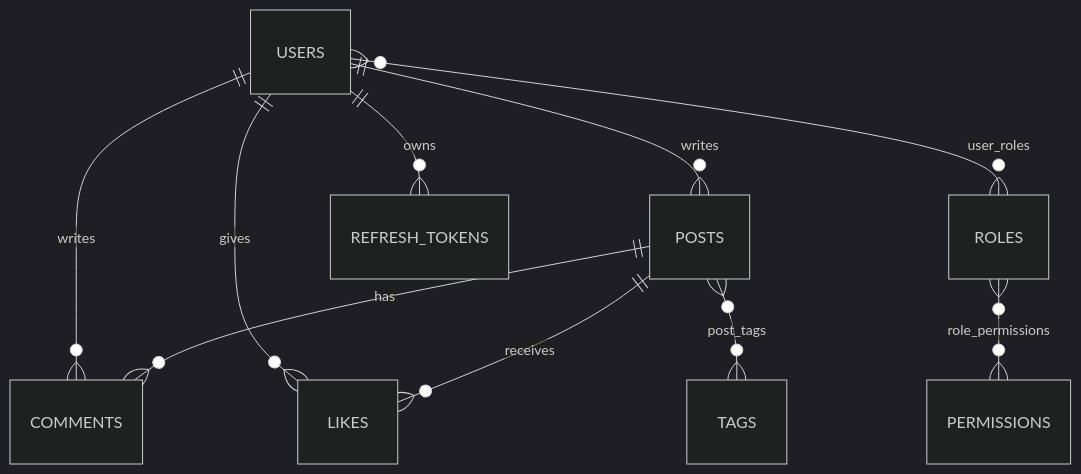
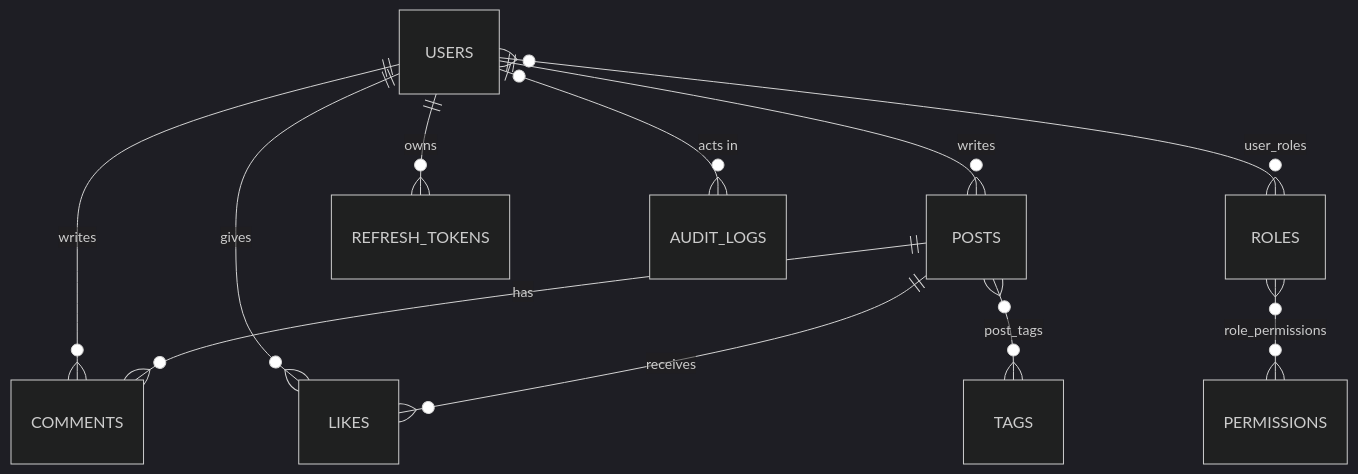
Before and after one commit to mr-laboratory/nebula: diagram 16 of 18 in docs/architecture.md, drawn with Mermaid (dark theme). The commit also changed other lines of this file and 4 other files, not shown here.

````diff
--- a/docs/architecture.md
+++ b/docs/architecture.md
@@ -238,12 +280,13 @@
 ```mermaid
 erDiagram
     USERS ||--o{ POSTS : writes
     USERS ||--o{ COMMENTS : writes
     POSTS ||--o{ COMMENTS : has
     USERS ||--o{ LIKES : gives
     POSTS ||--o{ LIKES : receives
     POSTS }o--o{ TAGS : "post_tags"
     USERS }o--o{ ROLES : "user_roles"
     ROLES }o--o{ PERMISSIONS : "role_permissions"
     USERS ||--o{ REFRESH_TOKENS : owns
+    USERS |o--o{ AUDIT_LOGS : "acts in"
 ```
````
